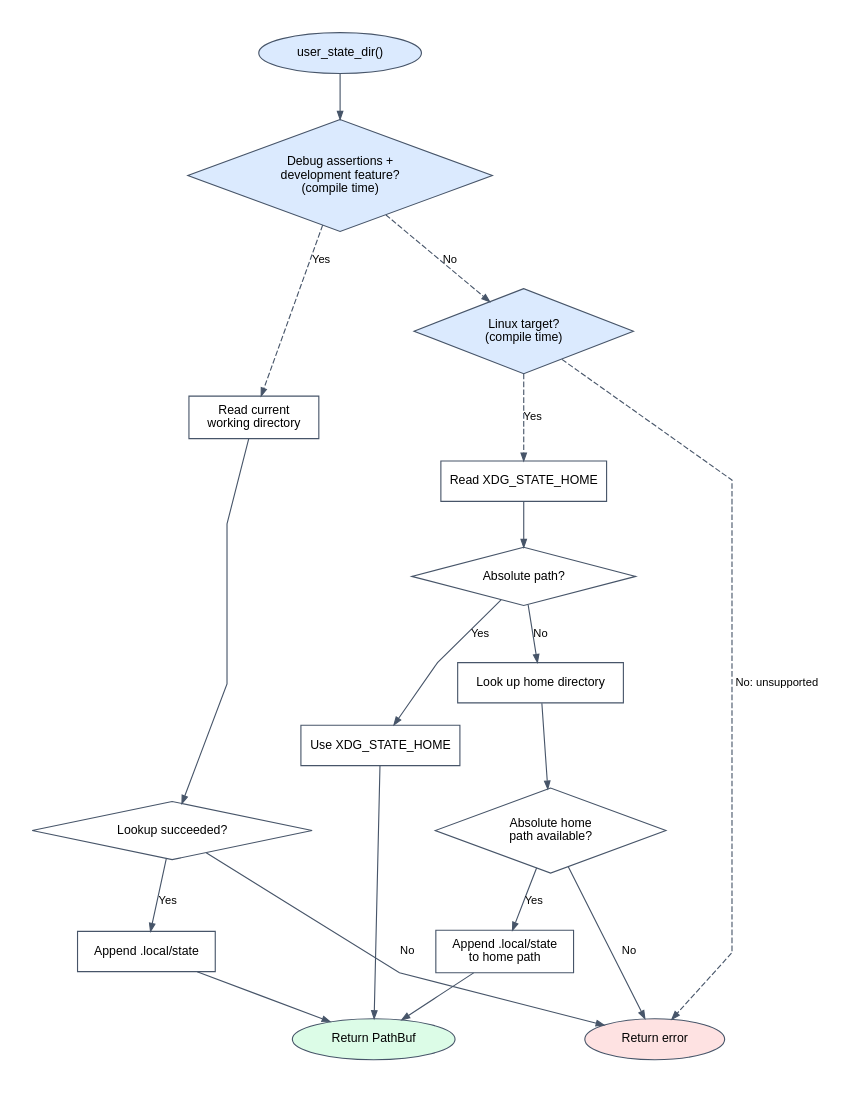
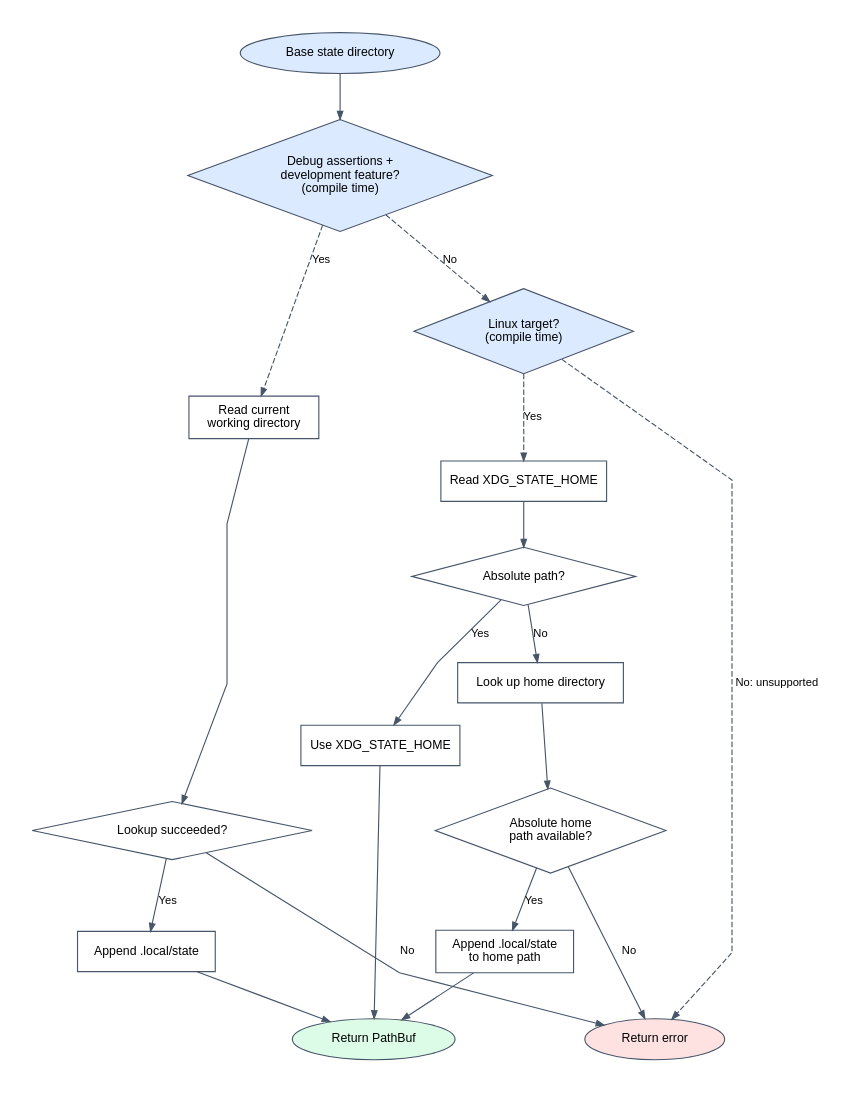
The diagram in crates/platform-dirs/docs/resolution.dot (chessvaultdotapp/chessvault), drawn with Graphviz before and after one commit. The commit also changed 25 other files, not shown here.

```diff
--- a/crates/platform-dirs/docs/resolution.dot
+++ b/crates/platform-dirs/docs/resolution.dot
@@ -1,45 +1,45 @@
 digraph resolution {
     graph [rankdir=TB, bgcolor="white", pad="0.3", nodesep="0.5", ranksep="0.55", splines=polyline];
     node [shape=box, style=filled, fillcolor="#ffffff", color="#475569", fontname="sans-serif", fontsize=11, margin="0.16,0.10"];
     edge [color="#475569", fontname="sans-serif", fontsize=10, arrowsize=0.7];
 
-    start [shape=oval, label="user_state_dir()", fillcolor="#dbeafe"];
+    start [shape=oval, label="Base state directory", fillcolor="#dbeafe"];
     select [shape=diamond, label="Debug assertions +\ndevelopment feature?\n(compile time)", fillcolor="#dbeafe"];
     platform [shape=diamond, label="Linux target?\n(compile time)", fillcolor="#dbeafe"];
 
     cwd [label="Read current\nworking directory"];
     cwd_ok [shape=diamond, label="Lookup succeeded?"];
     local [label="Append .local/state"];
 
     read_xdg [label="Read XDG_STATE_HOME"];
     xdg [shape=diamond, label="Absolute path?"];
     use_xdg [label="Use XDG_STATE_HOME"];
     home [label="Look up home directory"];
     valid_home [shape=diamond, label="Absolute home\npath available?"];
     fallback [label="Append .local/state\nto home path"];
 
     error [shape=oval, label="Return error", fillcolor="#fee2e2"];
     result [shape=oval, label="Return PathBuf", fillcolor="#dcfce7"];
 
     start -> select;
     select -> cwd [label="Yes", style=dashed];
     select -> platform [label="No", style=dashed];
     platform -> read_xdg [label="Yes", style=dashed];
     platform -> error [label="No: unsupported", style=dashed];
 
     cwd -> cwd_ok;
     cwd_ok -> local [label="Yes"];
     cwd_ok -> error [label="No"];
     local -> result;
 
     read_xdg -> xdg;
     xdg -> use_xdg [label="Yes"];
     xdg -> home [label="No"];
     use_xdg -> result;
     home -> valid_home;
     valid_home -> fallback [label="Yes"];
     valid_home -> error [label="No"];
     fallback -> result;
 
     { rank=same; result; error; }
 }
```
